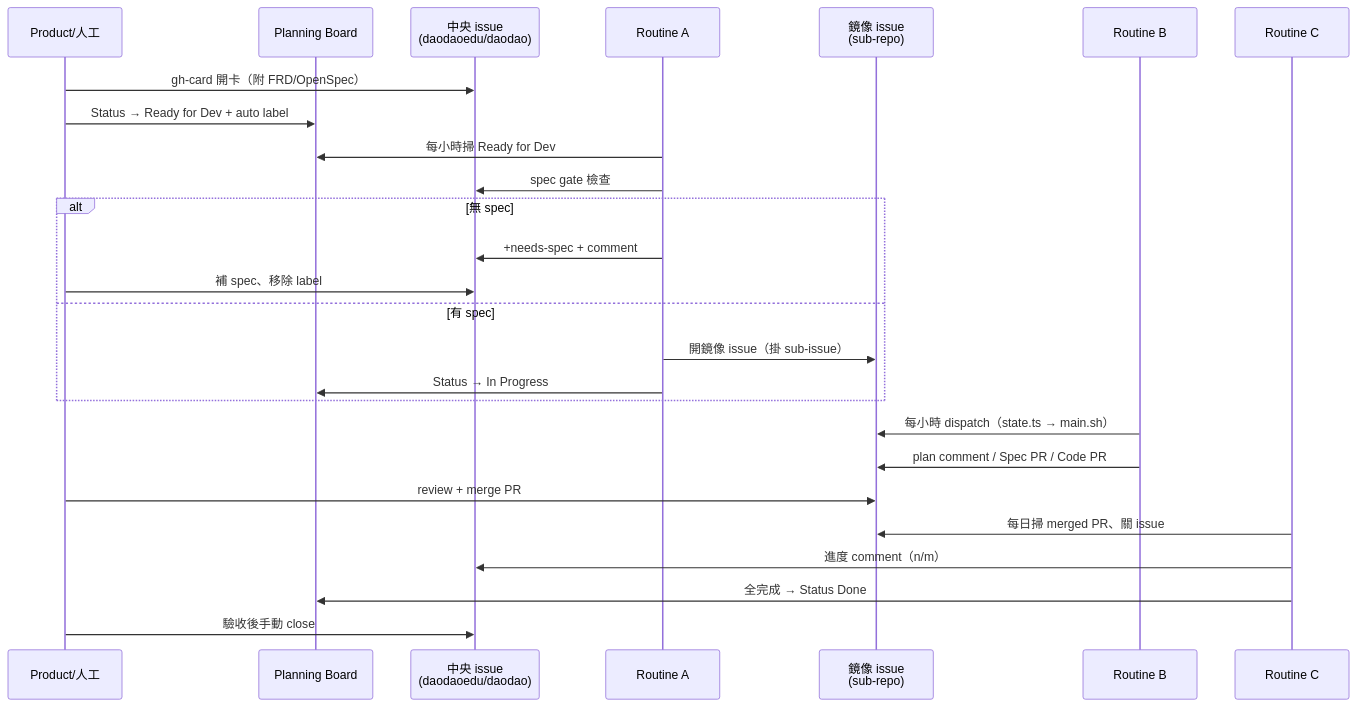
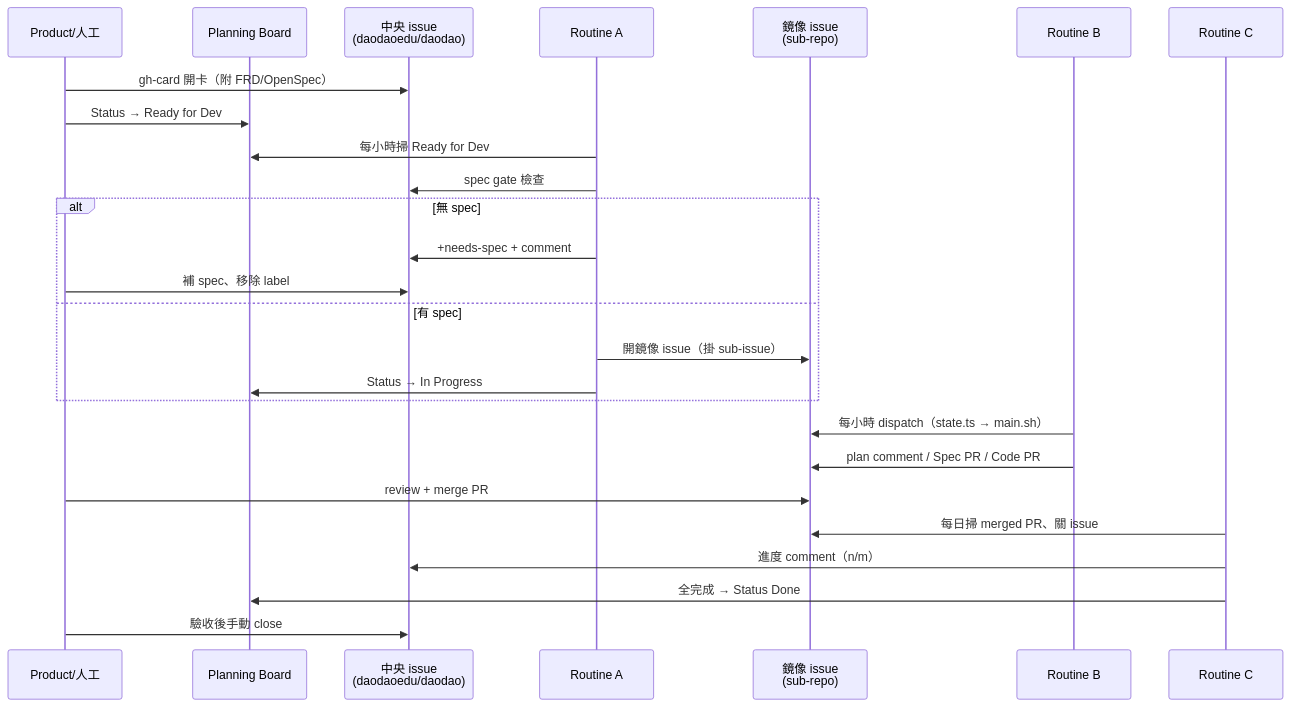
One commit to daodaoedu/daodao changed the third of 3 diagrams in docs/automation/github-pipeline.md. Above: the diagram before and after it, drawn with Mermaid. The commit also changed other lines of this file and 4 other files, not shown here.

First line of the commit message:
feat(pipeline): 移除 auto label 閘門——Ready for Dev 即派工

````diff
--- a/docs/automation/github-pipeline.md
+++ b/docs/automation/github-pipeline.md
@@ -89,29 +89,29 @@
 ```mermaid
 sequenceDiagram
     participant P as Product/人工
     participant B as Planning Board
     participant C as 中央 issue<br/>(daodaoedu/daodao)
     participant A as Routine A
     participant S as 鏡像 issue<br/>(sub-repo)
     participant RB as Routine B
     participant RC as Routine C
 
     P->>C: gh-card 開卡（附 FRD/OpenSpec）
-    P->>B: Status → Ready for Dev + auto label
+    P->>B: Status → Ready for Dev
     A->>B: 每小時掃 Ready for Dev
     A->>C: spec gate 檢查
     alt 無 spec
         A->>C: +needs-spec + comment
         P->>C: 補 spec、移除 label
     else 有 spec
         A->>S: 開鏡像 issue（掛 sub-issue）
         A->>B: Status → In Progress
     end
     RB->>S: 每小時 dispatch（state.ts → main.sh）
     RB->>S: plan comment / Spec PR / Code PR
     P->>S: review + merge PR
     RC->>S: 每日掃 merged PR、關 issue
     RC->>C: 進度 comment（n/m）
     RC->>B: 全完成 → Status Done
     P->>C: 驗收後手動 close
 ```
````
